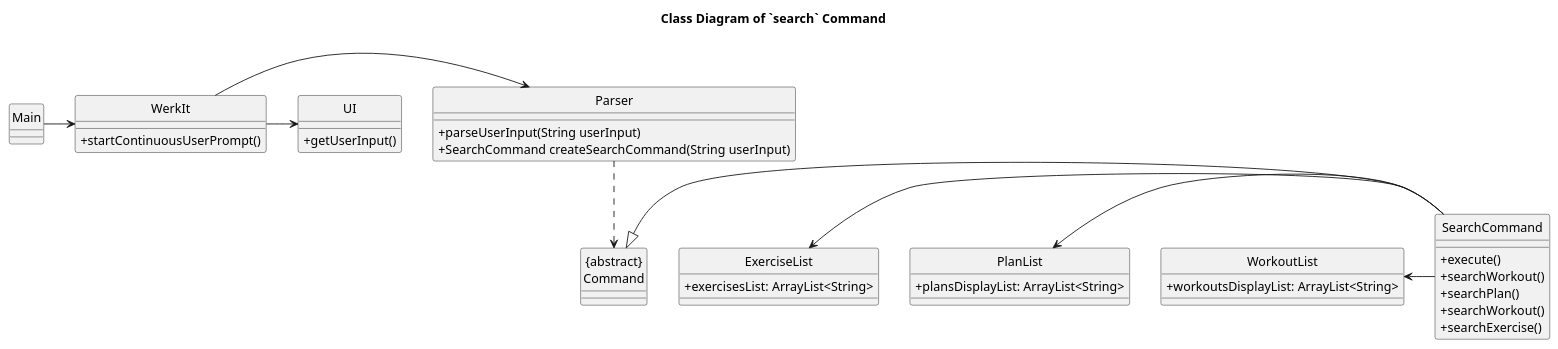
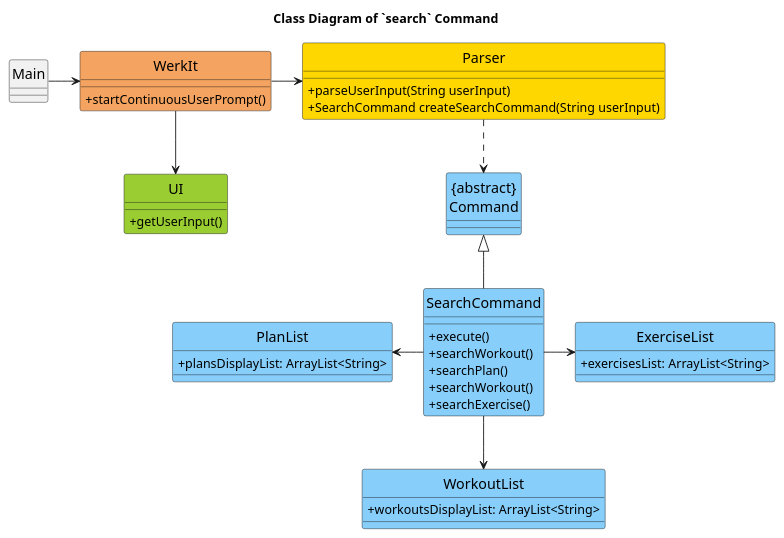
One commit to nus-cs2113-AY2122S2/tp changed the diagram in docs/uml/classDiagrams/Search.puml. Above: the diagram before and after it, drawn with PlantUML. The commit also changed 2 other files, not shown here.

Commit message:
Update diagrams for DG

```diff
--- a/docs/uml/classDiagrams/Search.puml
+++ b/docs/uml/classDiagrams/Search.puml
@@ -1,55 +1,58 @@
 @startuml
 'https://plantuml.com/class-diagram
 hide circle
 
 skinparam classAttributeIconSize 0
-
+skinparam classFontSize 16
 title Class Diagram of `search` Command
 
 Main -> WerkIt
 WerkIt -> Parser
-WerkIt -> UI
-"{abstract}\nCommand" <|- SearchCommand
-ExerciseList <- SearchCommand
+WerkIt --> UI
+"{abstract}\nCommand" <|-- SearchCommand
+ExerciseList <-left- SearchCommand
 PlanList <- SearchCommand
-WorkoutList <- SearchCommand
+WorkoutList <-u- SearchCommand
 Parser ..> "{abstract}\nCommand"
-
-class WerkIt {
+skinparam classFontSize 16
+class WerkIt #Sandybrown {
 + startContinuousUserPrompt()
 }
 
 class Main {
 
 }
 
-class SearchCommand {
+class SearchCommand #LightSkyBlue {
 + execute()
 + searchWorkout()
 + searchPlan()
 + searchWorkout()
 + searchExercise()
 }
 
-class UI {
+class "{abstract}\nCommand" #LightSkyBlue {
+}
+
+class UI #YellowGreen {
 + getUserInput()
 }
 
-class Parser {
+class Parser #Gold {
 + parseUserInput(String userInput)
 + SearchCommand createSearchCommand(String userInput)
 }
 
-class ExerciseList {
+class ExerciseList #LightSkyBlue {
 + exercisesList: ArrayList<String>
 }
 
-class WorkoutList {
+class WorkoutList #LightSkyBlue {
 + workoutsDisplayList: ArrayList<String>
 }
 
-class PlanList {
+class PlanList #LightSkyBlue {
 + plansDisplayList: ArrayList<String>
 }
 
 @enduml
```
